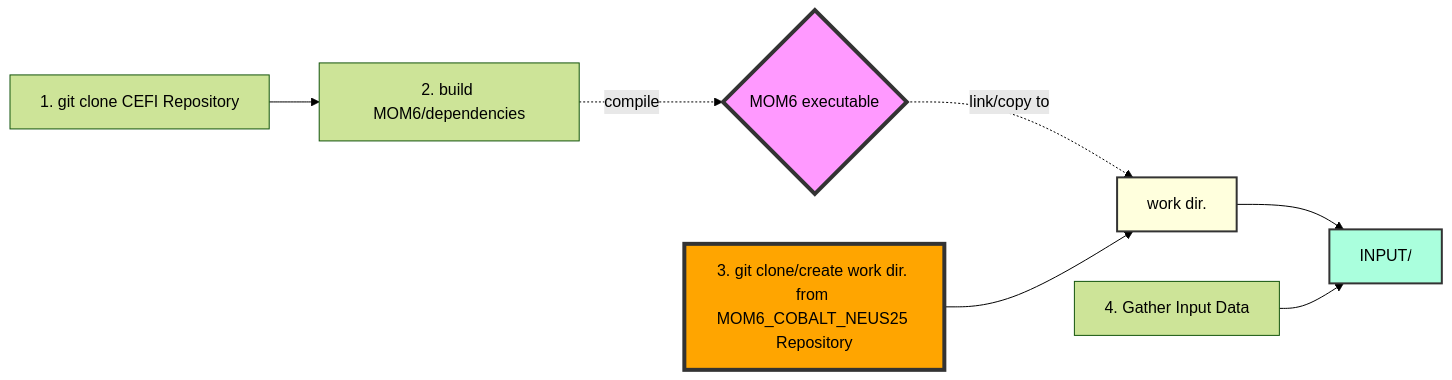
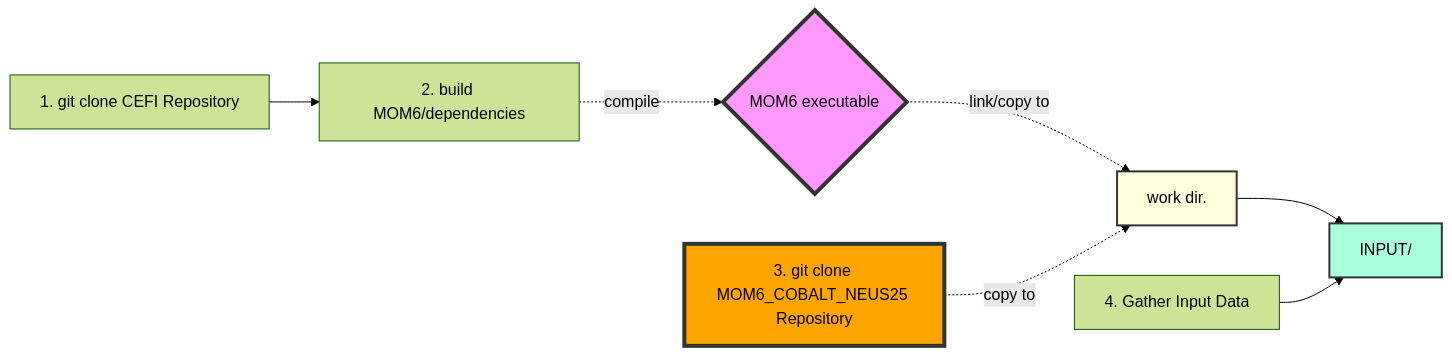
Before and after one commit to dksasaki/MOM6_COBALT_NEUS25: the first of 2 diagrams in README2.md, drawn with Mermaid (forest theme).

Commit message:
minor changes

````diff
--- a/README2.md
+++ b/README2.md
@@ -19,18 +19,18 @@
 ```mermaid
 flowchart LR
     A[1. git clone CEFI Repository] --> B[2. build MOM6/dependencies]
     B -.-> |compile| C{MOM6 executable}
     
-    D[3. git clone/create work dir. from MOM6_COBALT_NEUS25 Repository]
+    D[3. git clone MOM6_COBALT_NEUS25 Repository]
     C -.-> |link/copy to| E[work dir.]
-    D --> E
+    D -.-> |copy to| E
     
     E --> H
 
     F[4. Gather Input Data ]
     F --> H[INPUT/]
     style D fill:#ffa500,stroke:#333,stroke-width:4px
     style C fill:#f9f,stroke:#333,stroke-width:4px
     style H fill:#afd,stroke:#333,stroke-width:2px
     style E fill:#ffd,stroke:#333,stroke-width:2px
 ```
````
